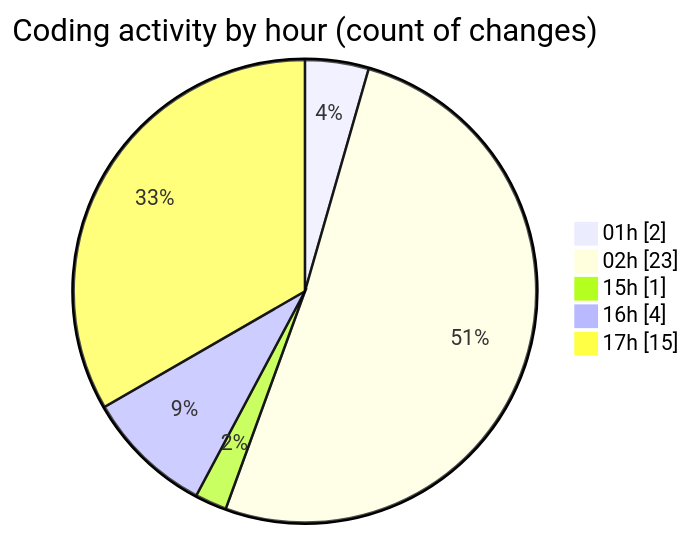
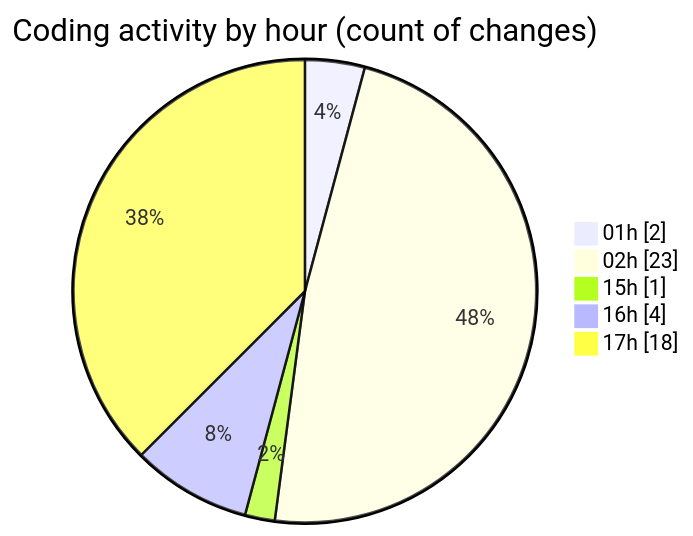
One commit to mevix1/code-tracking changed the second of 2 diagrams in 2025-10-01/open-health/README.md. Above: the diagram before and after it, drawn with Mermaid. The commit also changed other lines of this file and 1 other file, not shown here.

````diff
--- a/2025-10-01/open-health/README.md
+++ b/2025-10-01/open-health/README.md
@@ -56,9 +58,9 @@
 ```mermaid
 pie showData
 title Coding activity by hour (count of changes)
 "01h" : 2
 "02h" : 23
 "15h" : 1
 "16h" : 4
-"17h" : 15
+"17h" : 18
 ```
````
